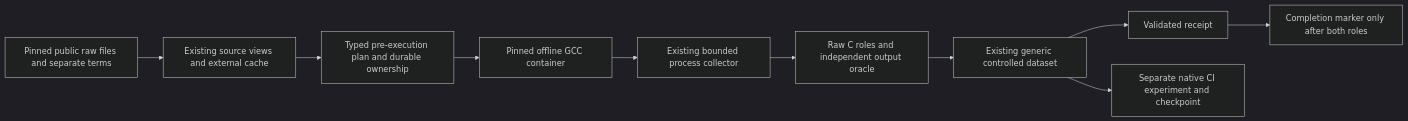
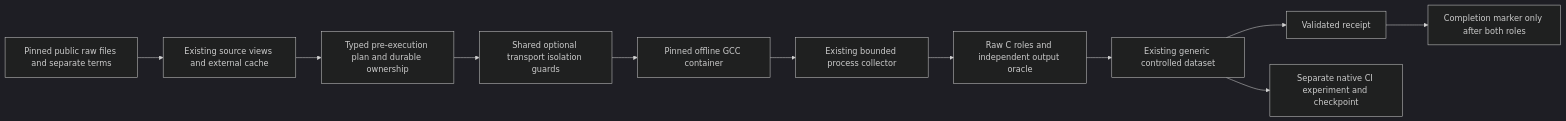
Before and after one commit to jacksonpradolima/coleman4hcs: the diagram in docs/c-seeded-source-capture.md, drawn with Mermaid (dark theme). The commit also changed other lines of this file and 27 other files, not shown here.

````diff
--- a/docs/c-seeded-source-capture.md
+++ b/docs/c-seeded-source-capture.md
@@ -188,12 +188,13 @@
 ```mermaid
 flowchart LR
     A[Pinned public raw files and separate terms] --> B[Existing source views and external cache]
     B --> C[Typed pre-execution plan and durable ownership]
-    C --> D[Pinned offline GCC container]
+    C --> K[Shared optional transport isolation guards]
+    K --> D[Pinned offline GCC container]
     D --> E[Existing bounded process collector]
     E --> F[Raw C roles and independent output oracle]
     F --> G[Existing generic controlled dataset]
     G --> H[Validated receipt]
     H --> I[Completion marker only after both roles]
     G --> J[Separate native CI experiment and checkpoint]
 ```
````
